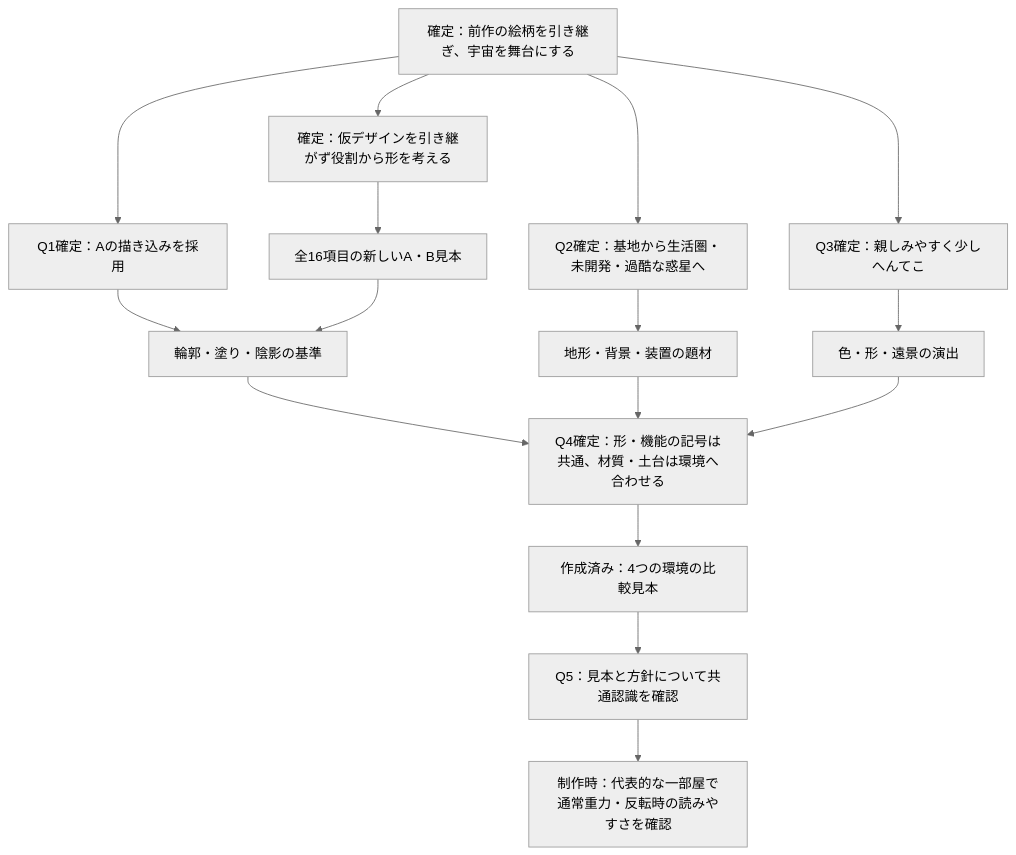
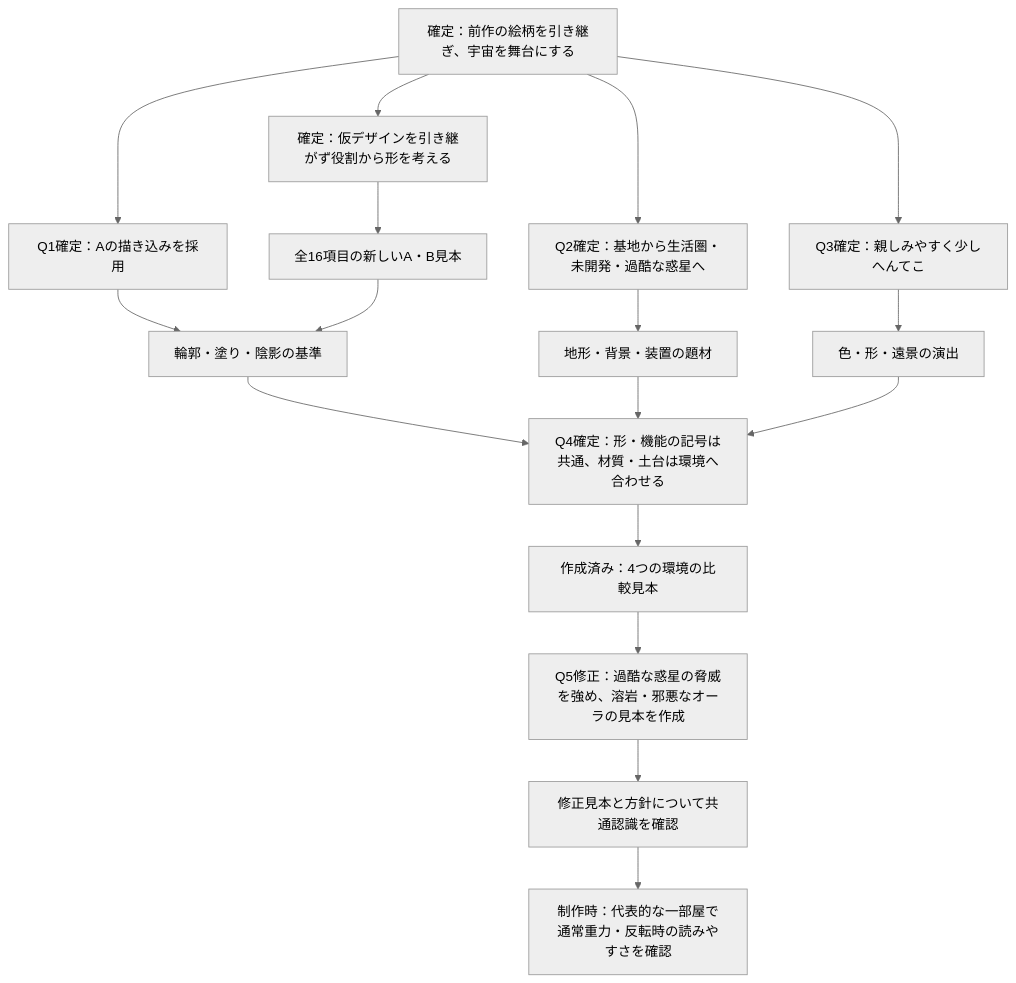
One commit to Foxy-null/2d-space changed the diagram in docs/art-direction.md. Above: the diagram before and after it, drawn with Mermaid (neutral theme). The commit also changed other lines of this file and 4 other files, not shown here.

````diff
--- a/docs/art-direction.md
+++ b/docs/art-direction.md
@@ -107,18 +123,19 @@
 ```mermaid
 flowchart TD
     A[確定：前作の絵柄を引き継ぎ、宇宙を舞台にする] --> Q1[Q1確定：Aの描き込みを採用]
     A --> Q2[Q2確定：基地から生活圏・未開発・過酷な惑星へ]
     A --> Q3[Q3確定：親しみやすく少しへんてこ]
     Q1 --> B[輪郭・塗り・陰影の基準]
     A --> H[確定：仮デザインを引き継がず役割から形を考える]
     H --> I[全16項目の新しいA・B見本]
     I --> B
     Q2 --> C[地形・背景・装置の題材]
     Q3 --> D[色・形・遠景の演出]
     B --> Q4[Q4確定：形・機能の記号は共通、材質・土台は環境へ合わせる]
     C --> Q4
     D --> Q4
     Q4 --> E[作成済み：4つの環境の比較見本]
-    E --> G[Q5：見本と方針について共通認識を確認]
+    E --> P[Q5修正：過酷な惑星の脅威を強め、溶岩・邪悪なオーラの見本を作成]
+    P --> G[修正見本と方針について共通認識を確認]
     G --> F[制作時：代表的な一部屋で通常重力・反転時の読みやすさを確認]
 ```
````
